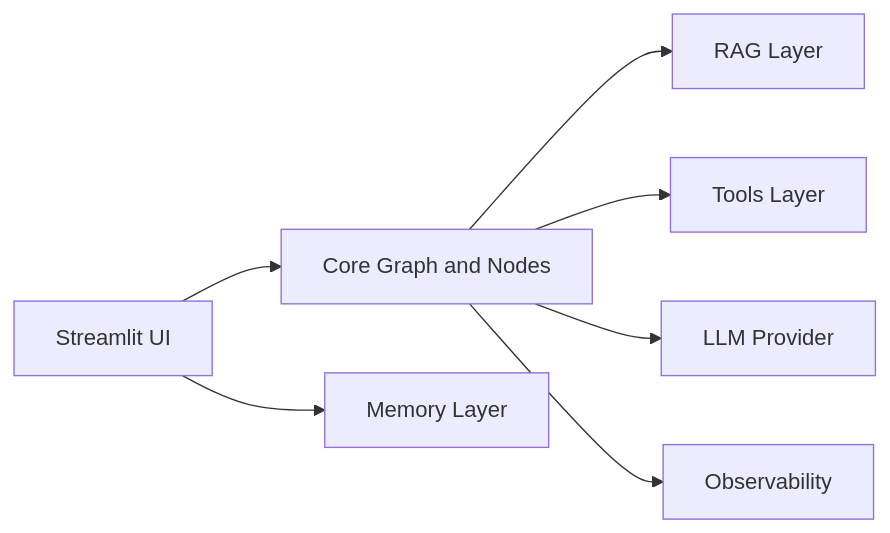
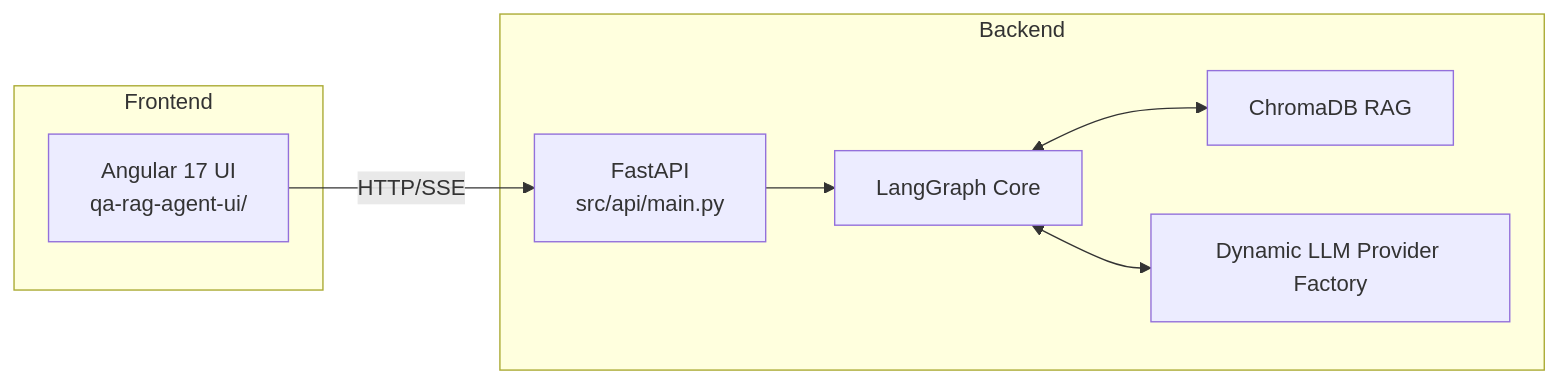
One commit to SurajNehate/Qa_Agent_FS changed the second of 2 diagrams in README.md. Above: the diagram before and after it, drawn with Mermaid. The commit also changed other lines of this file and 7 other files, not shown here.

````diff
--- a/README.md
+++ b/README.md
@@ -39,9 +40,18 @@
 ```mermaid
 flowchart LR
-    UI[Streamlit UI] --> CORE[Core Graph and Nodes]
-    CORE --> RAG[RAG Layer]
-    CORE --> TOOLS[Tools Layer]
-    CORE --> LLM[LLM Provider]
-    UI --> MEM[Memory Layer]
-    CORE --> OBS[Observability]
+    subgraph Frontend
+        UI[Angular 17 UI\nqa-rag-agent-ui/]
+    end
+    
+    subgraph Backend
+        API[FastAPI\nsrc/api/main.py]
+        CORE[LangGraph Core]
+        RAG[ChromaDB RAG]
+        LLM[Dynamic LLM Provider Factory]
+    end
+
+    UI -- HTTP/SSE --> API
+    API --> CORE
+    CORE <--> RAG
+    CORE <--> LLM
 ```
````
